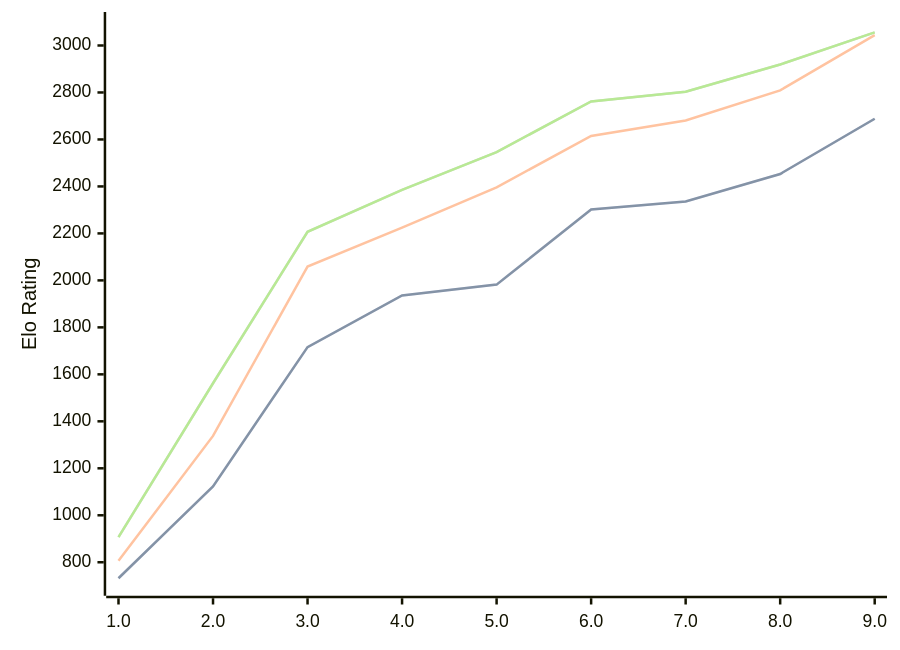
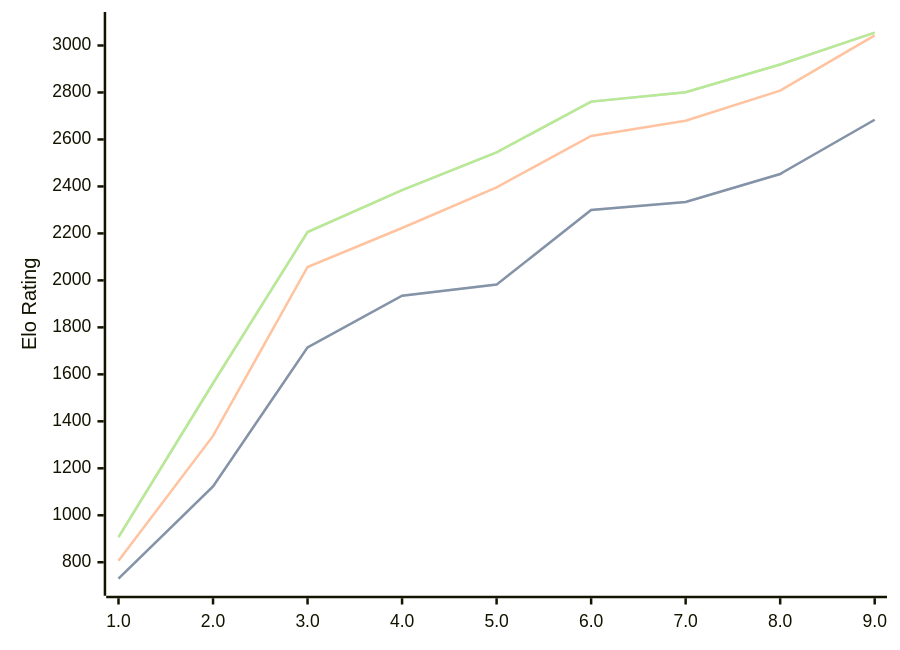
One commit to computer-chess-index/cci changed the third of 3 diagrams in engines/Pea.md. Above: the diagram before and after it, drawn with Mermaid. The commit also changed other lines of this file, not shown here.

Commit message:
Update CCI Ratings (ELO VLTC) - 2026-06-26

````diff
--- a/engines/Pea.md
+++ b/engines/Pea.md
@@ -72,11 +72,11 @@
 ```mermaid
 %%{init: {"theme":"base","themeVariables":{"seriesColors:['#a3a3a3','#222221','#faa371']}}}%%
 xychart-beta
   x-axis ["1.0", "2.0", "3.0", "4.0", "5.0", "6.0", "7.0", "8.0", "9.0"]
   y-axis "Elo Rating" 700 --> 3100
-  line "STC (8.0+0.08s)" [732, 1123, 1716, 1936, 1982, 2302, 2336, 2453, 2688]
-  line "STC (8.0+0.08s)" [732, 1123, 1716, 1936, 1982, 2302, 2336, 2453, 2688]
-  line "LTC (60.0+0.60s)" [806, 1338, 2059, 2225, 2396, 2615, 2681, 2809, 3044]
-  line "VLTC (2m24s+1.12s)" [907, 1562, 2207, 2385, 2546, 2762, 2803, 2919, 3056]
-  line "VLTC (2m24s+1.12s)" [907, 1562, 2207, 2385, 2546, 2762, 2803, 2919, 3056]
+  line "STC (8.0+0.08s)" [730, 1123, 1715, 1935, 1982, 2300, 2334, 2453, 2684]
+  line "STC (8.0+0.08s)" [730, 1123, 1715, 1935, 1982, 2300, 2334, 2453, 2684]
+  line "LTC (60.0+0.60s)" [806, 1338, 2057, 2223, 2396, 2615, 2680, 2808, 3043]
+  line "VLTC (2m24s+1.12s)" [907, 1562, 2206, 2384, 2545, 2761, 2801, 2919, 3055]
+  line "VLTC (2m24s+1.12s)" [907, 1562, 2206, 2384, 2545, 2761, 2801, 2919, 3055]
 ```
````
